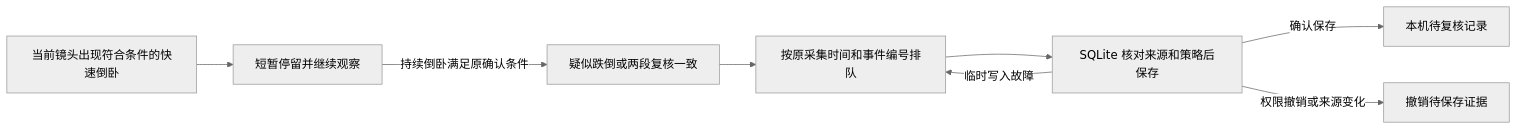
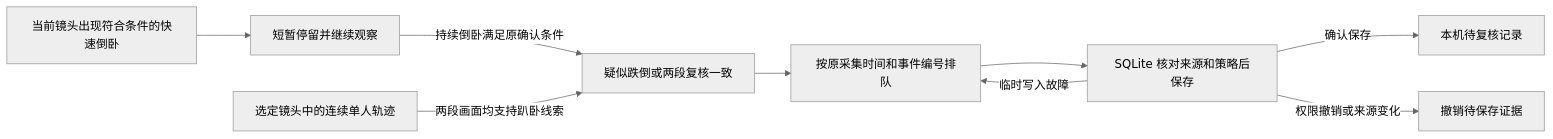
Before and after one commit to Geeprox/Friday: the first of 2 diagrams in docs/architecture.md, drawn with Mermaid (neutral theme). The commit also changed other lines of this file and 13 other files, not shown here.

````diff
--- a/docs/architecture.md
+++ b/docs/architecture.md
@@ -36,10 +38,11 @@
 ```mermaid
 flowchart LR
   F[当前镜头出现符合条件的快速倒卧] --> H[短暂停留并继续观察]
   H -->|持续倒卧满足原确认条件| S
+  P[选定镜头中的连续单人轨迹] -->|两段画面均支持趴卧线索| S
   S[疑似跌倒或两段复核一致] --> Q[按原采集时间和事件编号排队]
   Q --> W[SQLite 核对来源和策略后保存]
   W -->|临时写入故障| Q
   W -->|确认保存| R[本机待复核记录]
   W -->|权限撤销或来源变化| D[撤销待保存证据]
 ```
````
